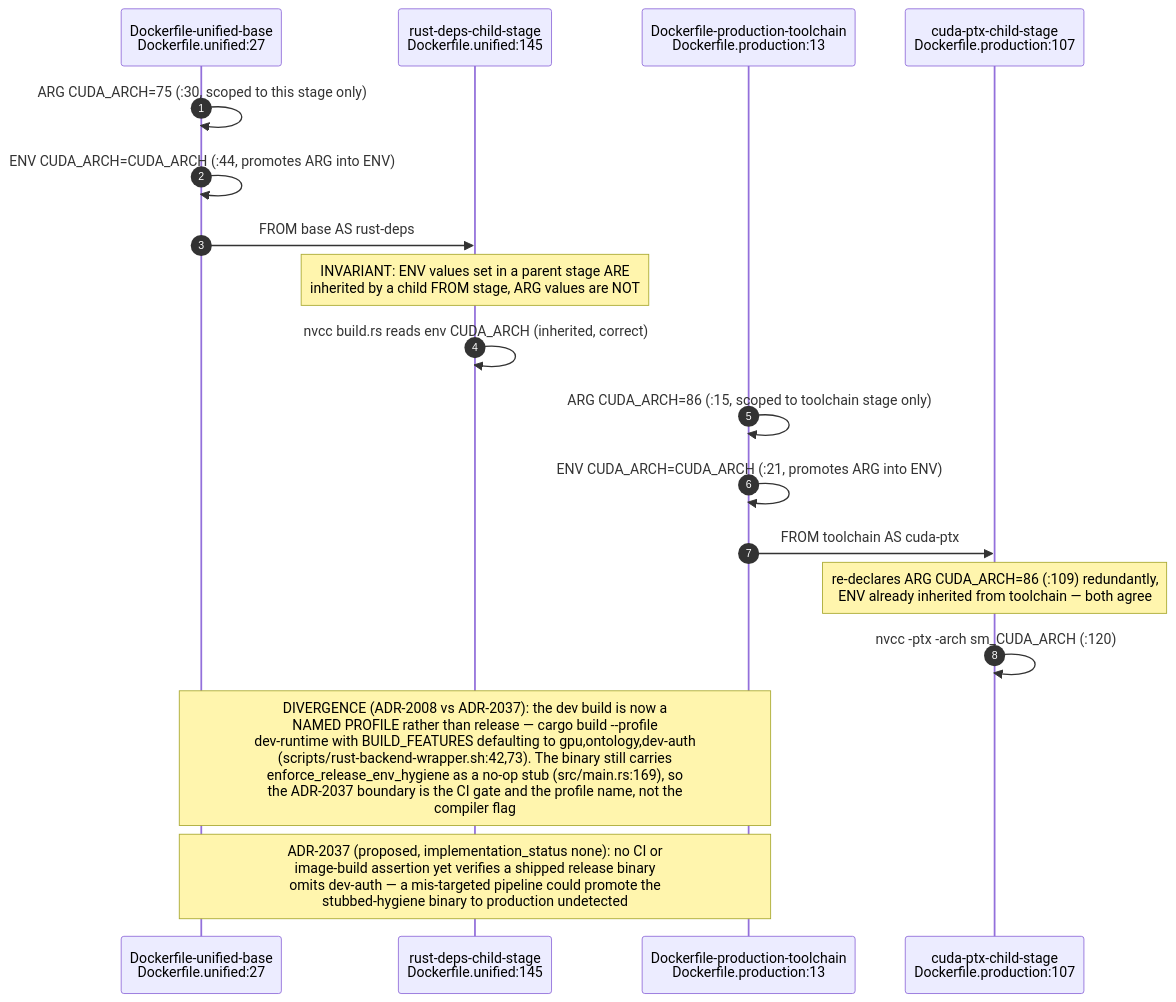
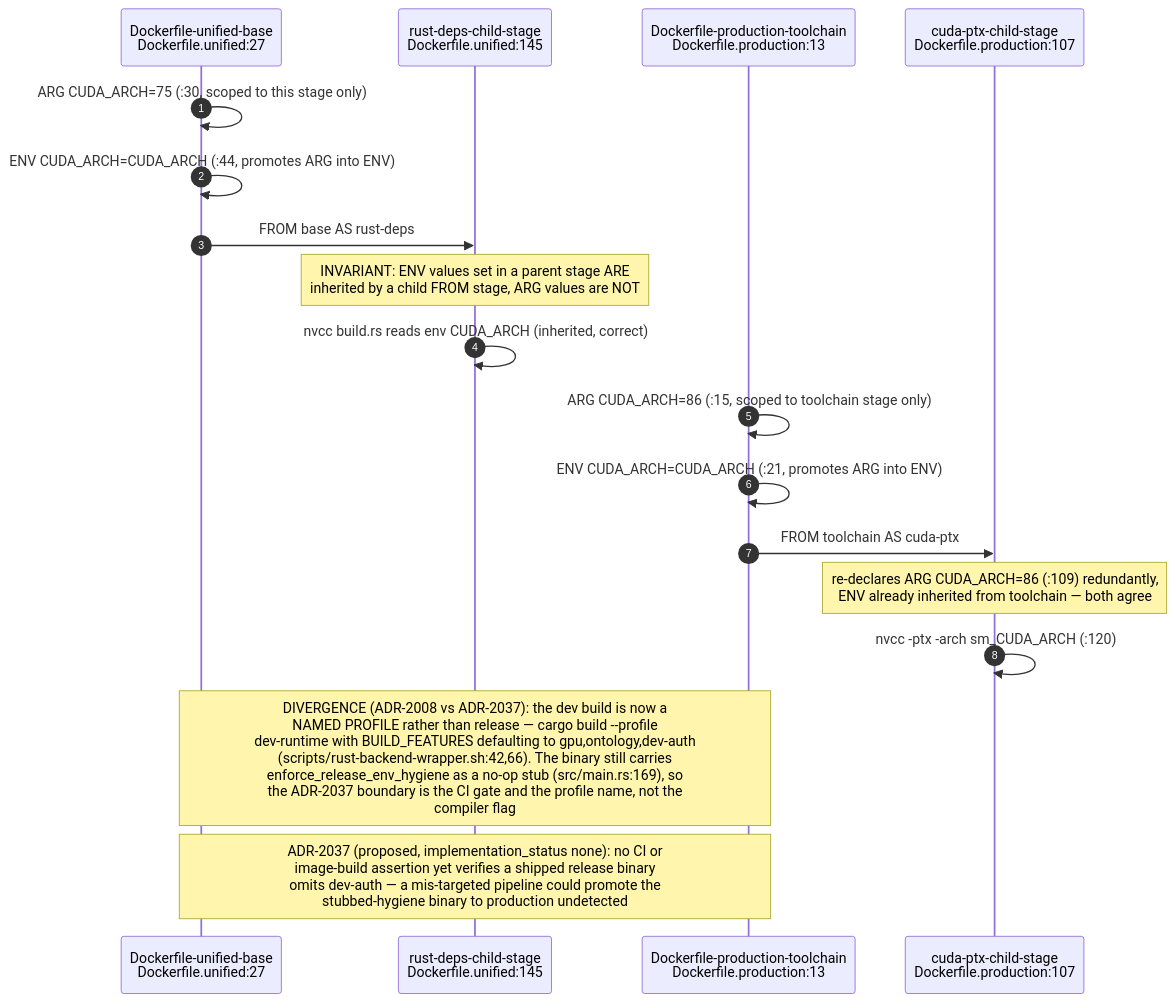
The fifth of 24 diagrams in docs/diagrams/estate/09-build-deploy-and-ci-estate.md (DreamLab-AI/VisionFlow), drawn with Mermaid before and after one commit. The commit also changed other lines of this file and 160 other files, not shown here.

````diff
--- a/docs/diagrams/estate/09-build-deploy-and-ci-estate.md
+++ b/docs/diagrams/estate/09-build-deploy-and-ci-estate.md
@@ -204,23 +206,23 @@
 ```mermaid
 sequenceDiagram
     autonumber
     participant U as Dockerfile-unified-base<br/>Dockerfile.unified:27
     participant C1 as rust-deps-child-stage<br/>Dockerfile.unified:145
     participant P as Dockerfile-production-toolchain<br/>Dockerfile.production:13
     participant C2 as cuda-ptx-child-stage<br/>Dockerfile.production:107
 
     U->>U: ARG CUDA_ARCH=75 (:30, scoped to this stage only)
     U->>U: ENV CUDA_ARCH=CUDA_ARCH (:44, promotes ARG into ENV)
     U->>C1: FROM base AS rust-deps
     Note over C1: INVARIANT: ENV values set in a parent stage ARE<br/>inherited by a child FROM stage, ARG values are NOT
     C1->>C1: nvcc build.rs reads env CUDA_ARCH (inherited, correct)
 
     P->>P: ARG CUDA_ARCH=86 (:15, scoped to toolchain stage only)
     P->>P: ENV CUDA_ARCH=CUDA_ARCH (:21, promotes ARG into ENV)
     P->>C2: FROM toolchain AS cuda-ptx
     Note over C2: re-declares ARG CUDA_ARCH=86 (:109) redundantly,<br/>ENV already inherited from toolchain — both agree
     C2->>C2: nvcc -ptx -arch sm_CUDA_ARCH (:120)
 
-    Note over U,P: DIVERGENCE (ADR-2008 vs ADR-2037): the dev build is now a<br/>NAMED PROFILE rather than release — cargo build --profile<br/>dev-runtime with BUILD_FEATURES defaulting to gpu,ontology,dev-auth<br/>(scripts/rust-backend-wrapper.sh:42,73). The binary still carries<br/>enforce_release_env_hygiene as a no-op stub (src/main.rs:169), so<br/>the ADR-2037 boundary is the CI gate and the profile name, not the<br/>compiler flag
+    Note over U,P: DIVERGENCE (ADR-2008 vs ADR-2037): the dev build is now a<br/>NAMED PROFILE rather than release — cargo build --profile<br/>dev-runtime with BUILD_FEATURES defaulting to gpu,ontology,dev-auth<br/>(scripts/rust-backend-wrapper.sh:42,66). The binary still carries<br/>enforce_release_env_hygiene as a no-op stub (src/main.rs:169), so<br/>the ADR-2037 boundary is the CI gate and the profile name, not the<br/>compiler flag
     Note over U,P: ADR-2037 (proposed, implementation_status none): no CI or<br/>image-build assertion yet verifies a shipped release binary<br/>omits dev-auth — a mis-targeted pipeline could promote the<br/>stubbed-hygiene binary to production undetected
 ```
````
